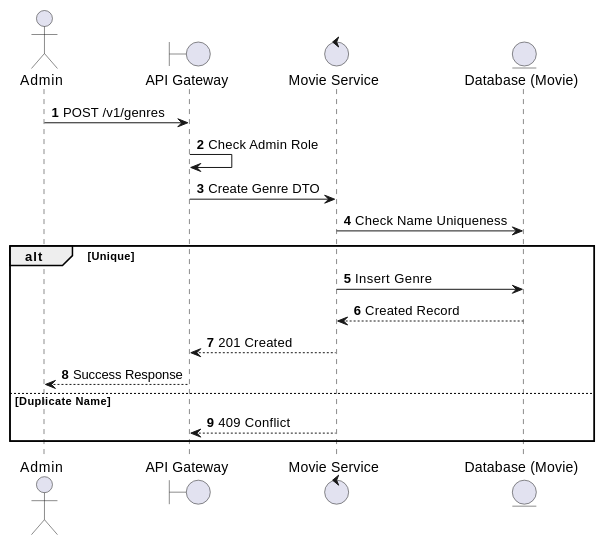
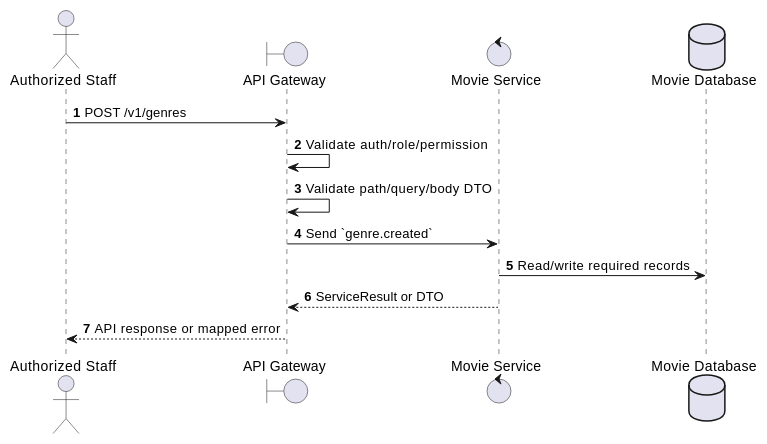
Before and after one commit to Tanh1603/movie-hub-architecture: the first of 2 diagrams in docs/functional_specs/3.3.3_Genre_Management/GM-03_Create_Genre.md, drawn with PlantUML. The commit also changed other lines of this file and 126 other files, not shown here.

````diff
--- a/docs/functional_specs/3.3.3_Genre_Management/GM-03_Create_Genre.md
+++ b/docs/functional_specs/3.3.3_Genre_Management/GM-03_Create_Genre.md
@@ -17,22 +17,17 @@
 ```plantuml
 @startuml
 autonumber
-actor Admin
+actor "Authorized Staff" as Actor
 boundary "API Gateway" as GW
-control "Movie Service" as MS
-entity "Database (Movie)" as DB
+control "Movie Service" as SVC
+database "Movie Database" as DB
 
-Admin -> GW: POST /v1/genres
-GW -> GW: Check Admin Role
-GW -> MS: Create Genre DTO
-MS -> DB: Check Name Uniqueness
-alt Unique
-    MS -> DB: Insert Genre
-    DB --> MS: Created Record
-    MS --> GW: 201 Created
-    GW --> Admin: Success Response
-else Duplicate Name
-    MS --> GW: 409 Conflict
-end
+Actor -> GW: POST /v1/genres
+GW -> GW: Validate auth/role/permission
+GW -> GW: Validate path/query/body DTO
+GW -> SVC: Send `genre.created`
+SVC -> DB: Read/write required records
+SVC --> GW: ServiceResult or DTO
+GW --> Actor: API response or mapped error
 @enduml
 ```
````
